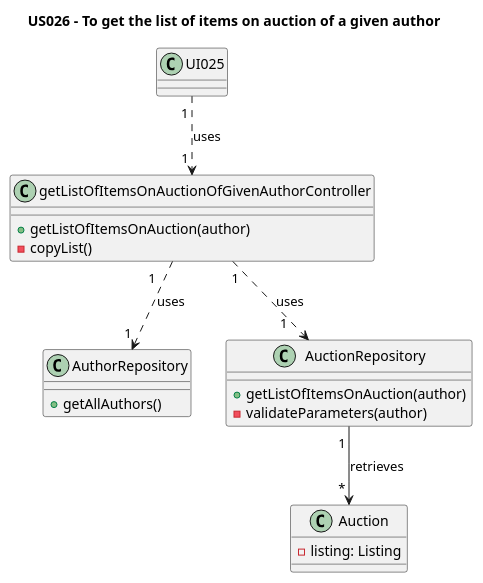
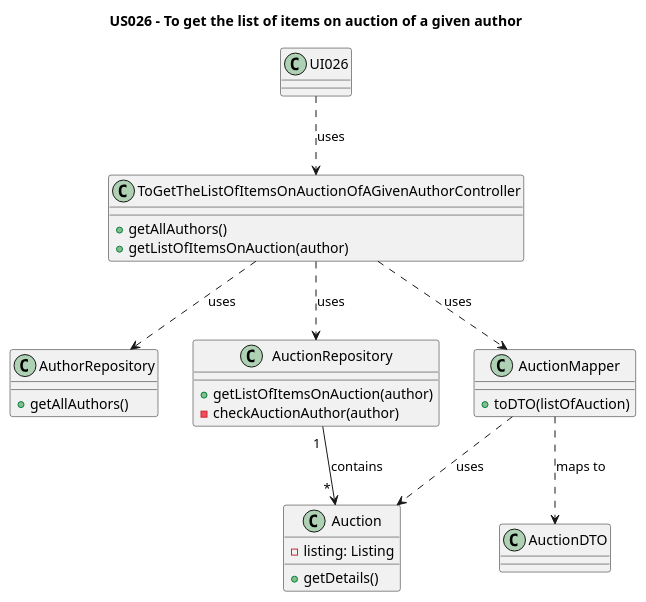
The diagram in Diagrams/ClassDiagrams/US026-to-get-the-list-of-items-on-auction-of-a-given-author.puml (AndrePereiraGitH/SWitCH-Project-Team_A), drawn with PlantUML before and after one commit. The commit also changed 3 other files, not shown here.

```diff
--- a/Diagrams/ClassDiagrams/US026-to-get-the-list-of-items-on-auction-of-a-given-author.puml
+++ b/Diagrams/ClassDiagrams/US026-to-get-the-list-of-items-on-auction-of-a-given-author.puml
@@ -1,62 +1,81 @@
 @startuml
 title US026 - To get the list of items on auction of a given author
 
-class UI025{
+class UI026{
 
 }
 
-class getListOfItemsOnAuctionOfGivenAuthorController {
+class ToGetTheListOfItemsOnAuctionOfAGivenAuthorController {
+  +getAllAuthors()
   +getListOfItemsOnAuction(author)
-  -copyList()
 }
 
 class AuthorRepository{
     +getAllAuthors()
 }
-/'
-class Author {
-  -authorProfile: Profile
-}
 
-class Profile {
-  -name: String
-}
-'/
 class AuctionRepository {
   +getListOfItemsOnAuction(author)
-  -validateParameters(author)
+  -checkAuctionAuthor(author)
 }
 
 class Auction {
   - listing: Listing
+  +getDetails()
 }
+
+class AuctionMapper {
+  +toDTO(listOfAuction)
+}
+
+class AuctionDTO {
+}
+
 /'
 class Listing {
-  - items: List <Item>
+  - item: Item
+  - saleType: SaleType
 }
 
+enum SaleType {
+    DIRECT_SALE
+    AUCTION
+}
+
+'class Item {
+'    - bibliographicalData: BibliographicalData
+'}
+
 class Item {
+    - publication: publication
+}
+
+class Publication {
     - bibliographicalData: BibliographicalData
+    - code: Code
 }
 
 class BibliographicalData {
     - title: String
-    - authors: List <Profile>
-    }
-  '/
+}
+'/
 
 ' Interactions
 
-UI025 "1 " ..> "1 " getListOfItemsOnAuctionOfGivenAuthorController : uses
-getListOfItemsOnAuctionOfGivenAuthorController  " 1" ..> "1    " AuctionRepository : uses
-getListOfItemsOnAuctionOfGivenAuthorController "1    " ..> "1 " AuthorRepository: uses
-AuctionRepository "1 " --> " * " Auction : retrieves
+UI026 ..> ToGetTheListOfItemsOnAuctionOfAGivenAuthorController : uses
+ToGetTheListOfItemsOnAuctionOfAGivenAuthorController ..> AuctionRepository : uses
+ToGetTheListOfItemsOnAuctionOfAGivenAuthorController ..> AuthorRepository: uses
+AuctionRepository "1 " --> " * " Auction : contains
+ToGetTheListOfItemsOnAuctionOfAGivenAuthorController ..> AuctionMapper : uses
+AuctionMapper ..> AuctionDTO : maps to
+AuctionMapper ..> Auction : uses
 /'
-DirectSale "1 " --> " 1 " Listing : is a type of
-BibliographicalData "1 " --> "          *" Author : has
-Author "1 " --> "1 " Profile : has
-Listing "1 " --> "          1..*" Item: has
-Item "1 " --> "          1" BibliographicalData: has
+Auction "1" -- "1" Listing : uses
+Listing "                                *" -- "1" SaleType : can be sold by
+Listing "1" -- "1..*    " Item : lists an
+' Item "*" -- "1" BibliographicalData: has
+Item "*" -- "1" Publication: refers to a
+Publication "*" -- "1" BibliographicalData: has
 '/
 
 @enduml
```
